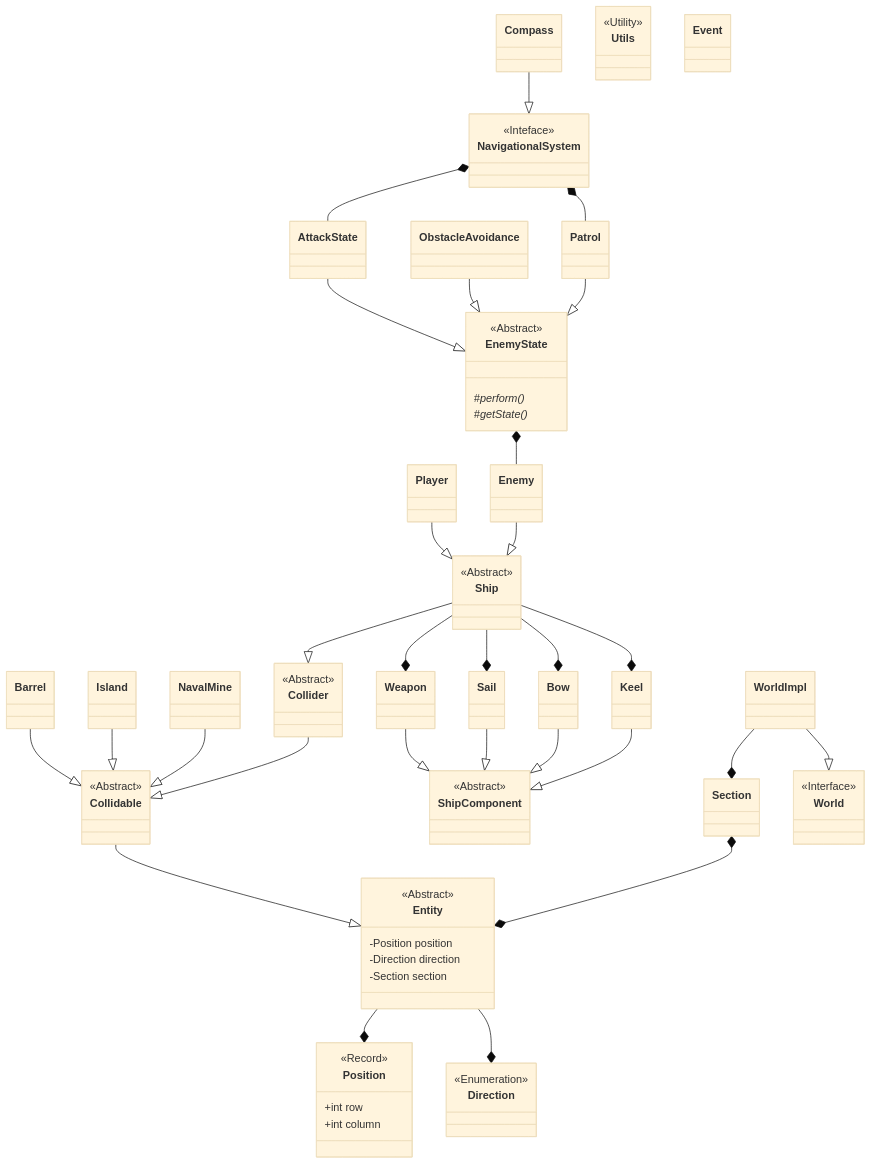
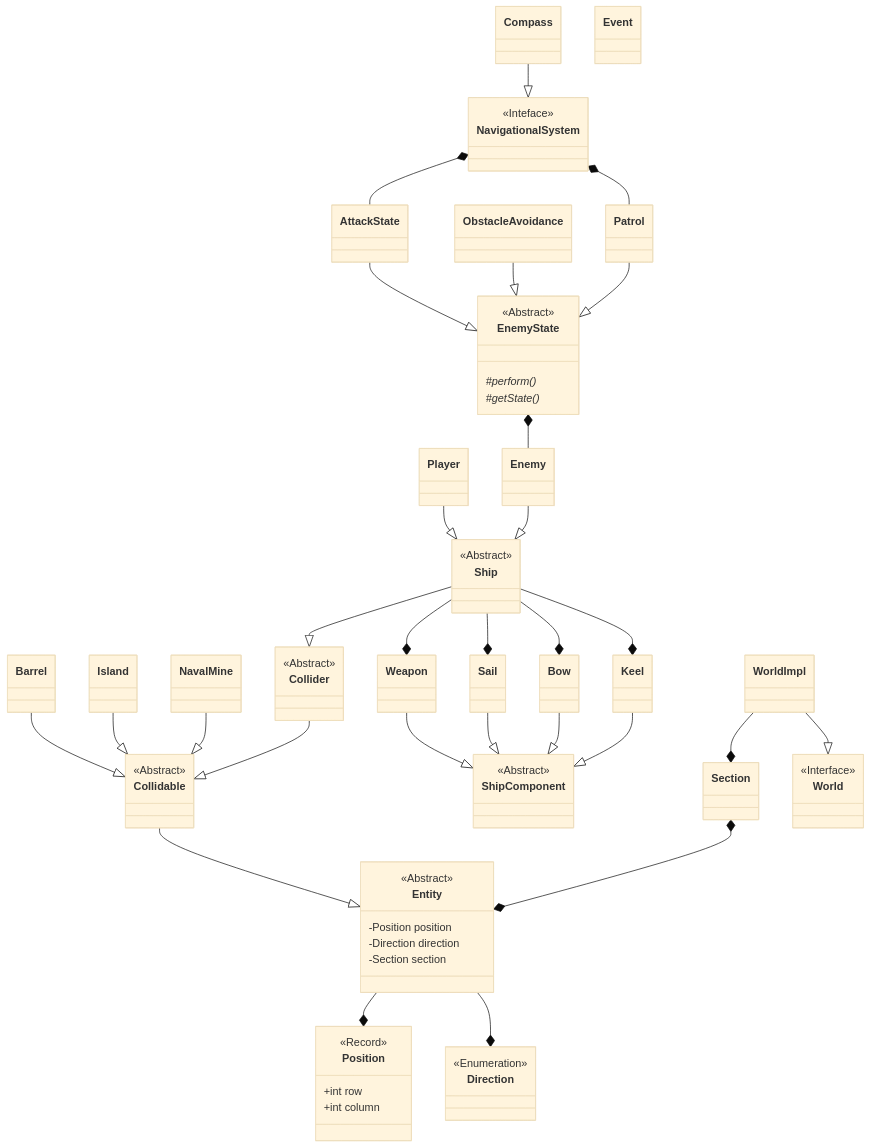
The diagram in report/diagrams/uml.md (thunderingmarmot/OOP23-objectonepiece), drawn with Mermaid (base theme) before and after one commit.

Commit message:
Removed Utils from UML

````diff
--- a/report/diagrams/uml.md
+++ b/report/diagrams/uml.md
@@ -96,8 +96,5 @@
 class Direction
 <<Enumeration>> Direction
 
-class Utils
-<<Utility>> Utils
-
 class Event
 ```
````
